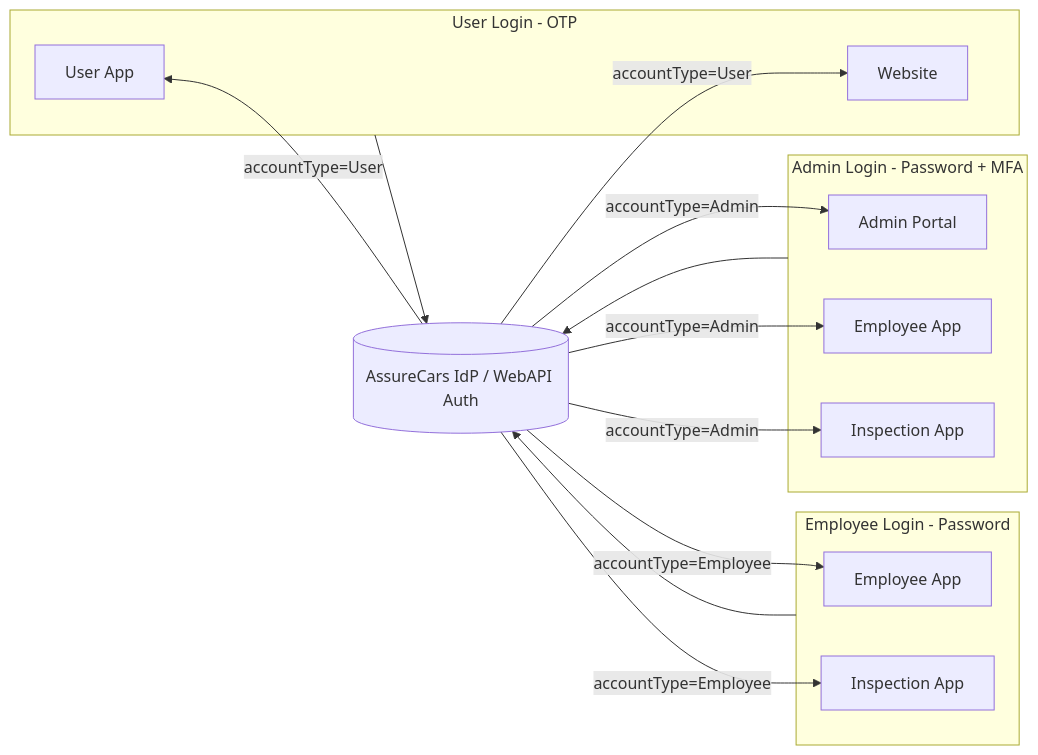
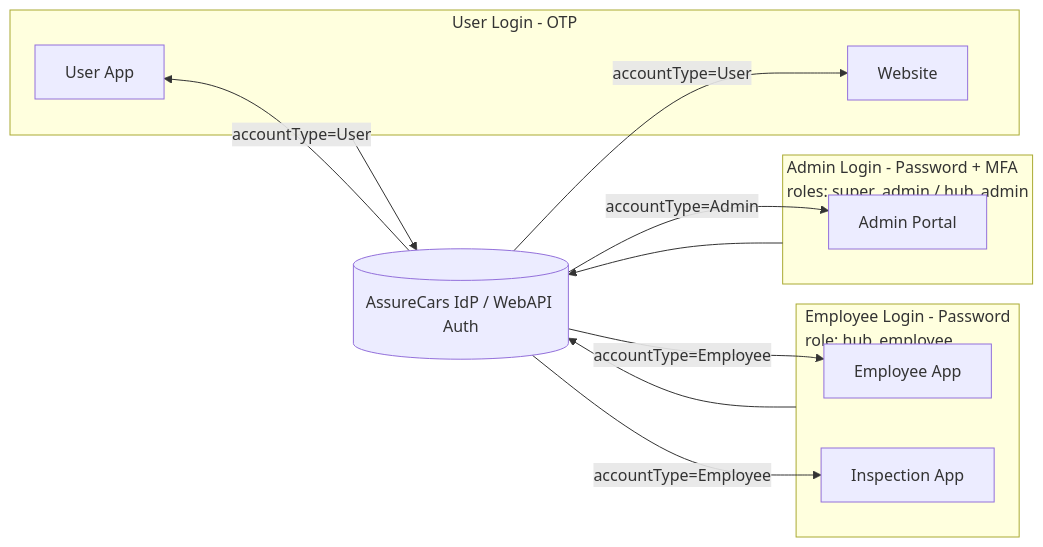
The first of 26 diagrams in Docs/Solution-Design-Document.md (NiladriPadhy/AssureCars), drawn with Mermaid before and after one commit. The commit also changed other lines of this file and 7 other files, not shown here.

Commit message:
docs: update README and API documentation to reflect version 2.0 changes, including hub-centric role hierarchy, commission rate capture during consignor onboarding, and updated access controls for Admin and Inspection Apps

````diff
--- a/Docs/Solution-Design-Document.md
+++ b/Docs/Solution-Design-Document.md
@@ -118,23 +133,21 @@
 ```mermaid
 flowchart LR
     subgraph UserLogin[User Login - OTP]
         UA[User App]
         WEB[Website]
     end
-    subgraph EmployeeLogin[Employee Login - Password]
+    subgraph EmployeeLogin[Employee Login - Password<br/>role: hub_employee]
         EA[Employee App]
         INSP_E[Inspection App]
     end
-    subgraph AdminLogin[Admin Login - Password + MFA]
+    subgraph AdminLogin[Admin Login - Password + MFA<br/>roles: super_admin / hub_admin]
         ADM[Admin Portal]
-        EA2[Employee App]
-        INSP_A[Inspection App]
     end
     IDP[(AssureCars IdP / WebAPI Auth)]
     UserLogin --> IDP
     EmployeeLogin --> IDP
     AdminLogin --> IDP
     IDP -->|accountType=User| UA & WEB
     IDP -->|accountType=Employee| EA & INSP_E
-    IDP -->|accountType=Admin| ADM & EA2 & INSP_A
+    IDP -->|accountType=Admin| ADM
 ```
````
